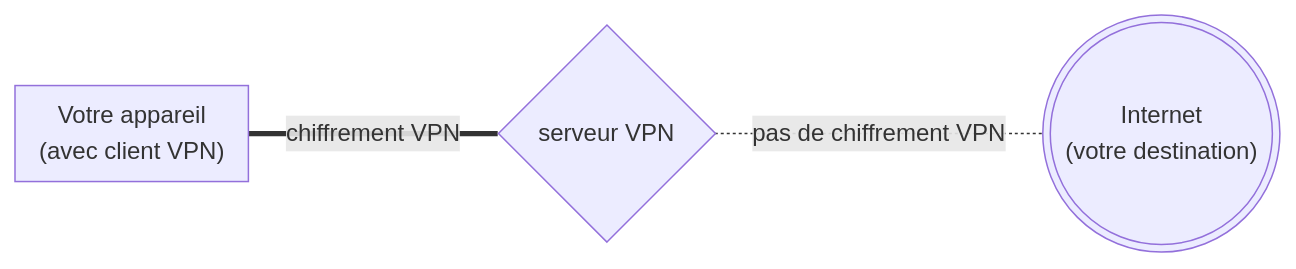
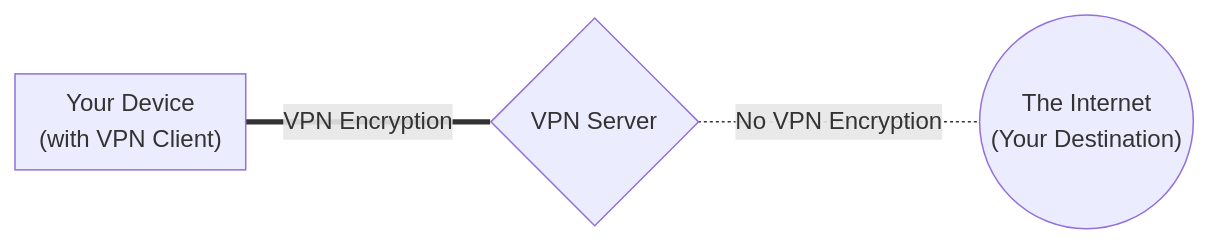
The diagram in i18n/fr/basics/vpn-overview.md (privacyguides/i18n), drawn with Mermaid before and after one commit. The commit also changed 28 other files, not shown here.

````diff
--- a/i18n/fr/basics/vpn-overview.md
+++ b/i18n/fr/basics/vpn-overview.md
@@ -25,7 +25,7 @@
 ``` mermaid
 flowchart LR
- 763931["Votre appareil<div>(avec client VPN)</div>"] ===|"chiffrement VPN"| 404512{"serveur VPN"}
- 404512 -.-|"pas de chiffrement VPN"| 593753((("Internet\n(votre destination)")))
- subgraph 763931["Votre appareil<div>(avec client VPN)</div>"]
+ 763931["Your Device<div>(with VPN Client)</div>"] ===|"VPN Encryption"| 404512{"VPN Server"}
+ 404512 -.-|"No VPN Encryption"| 593753(("The Internet<div>(Your Destination)</div>"))
+ subgraph 763931["Your Device<div>(with VPN Client)</div>"]
  end
 ```
````
